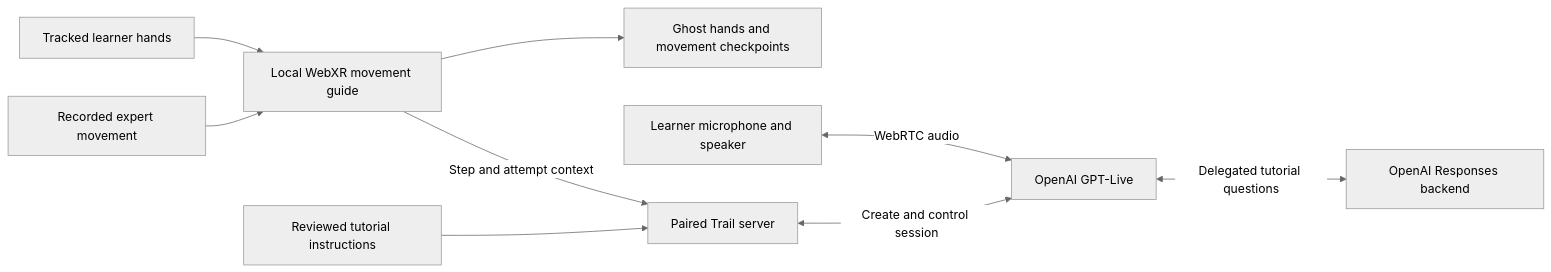
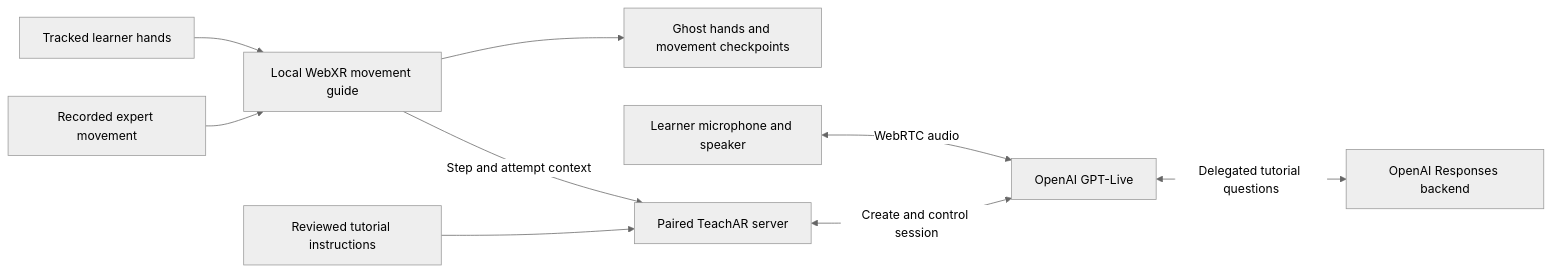
Before and after one commit to aidanjnn/teachAR: the diagram in docs/openai-track.md, drawn with Mermaid (neutral theme). The commit also changed other lines of this file and 60 other files, not shown here.

````diff
--- a/docs/openai-track.md
+++ b/docs/openai-track.md
@@ -49,11 +49,11 @@
 ```mermaid
 flowchart LR
     Hands[Tracked learner hands] --> Guide[Local WebXR movement guide]
     Recording[Recorded expert movement] --> Guide
     Guide --> Ghost[Ghost hands and movement checkpoints]
-    Guide -->|Step and attempt context| Server[Paired Trail server]
+    Guide -->|Step and attempt context| Server[Paired TeachAR server]
     Reviewed[Reviewed tutorial instructions] --> Server
     Learner[Learner microphone and speaker] <-->|WebRTC audio| Live[OpenAI GPT-Live]
     Server <-->|Create and control session| Live
     Live <-->|Delegated tutorial questions| Responses[OpenAI Responses backend]
 ```
````
